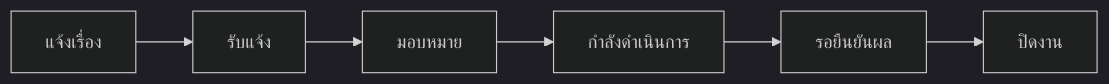
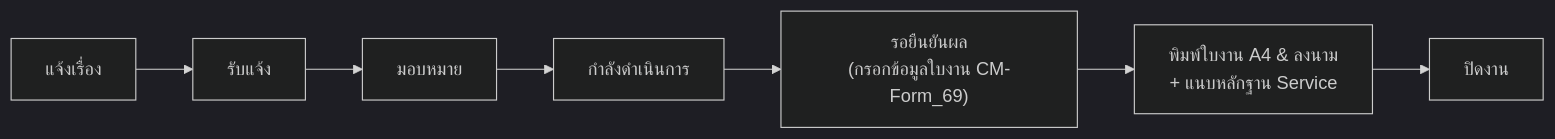
One commit to thakot-cloud/ITServiceDesk changed the first of 8 diagrams in WORKFLOW.md. Above: the diagram before and after it, drawn with Mermaid (dark theme). The commit also changed other lines of this file and 5 other files, not shown here.

Commit message:
docs: complete manuals, recommendations, workflow, and webapp diagrams

````diff
--- a/WORKFLOW.md
+++ b/WORKFLOW.md
@@ -5,8 +7,9 @@
 ```mermaid
 flowchart LR
-  A[แจ้งเรื่อง] --> B[รับแจ้ง]
-  B --> C[มอบหมาย]
-  C --> D[กำลังดำเนินการ]
-  D --> E[รอยืนยันผล]
-  E --> F[ปิดงาน]
+  A["แจ้งเรื่อง"] --> B["รับแจ้ง"]
+  B --> C["มอบหมาย"]
+  C --> D["กำลังดำเนินการ"]
+  D --> E["รอยืนยันผล<br/>(กรอกข้อมูลใบงาน CM-Form_69)"]
+  E --> F["พิมพ์ใบงาน A4 & ลงนาม<br/>+ แนบหลักฐาน Service"]
+  F --> G["ปิดงาน"]
 ```
````
